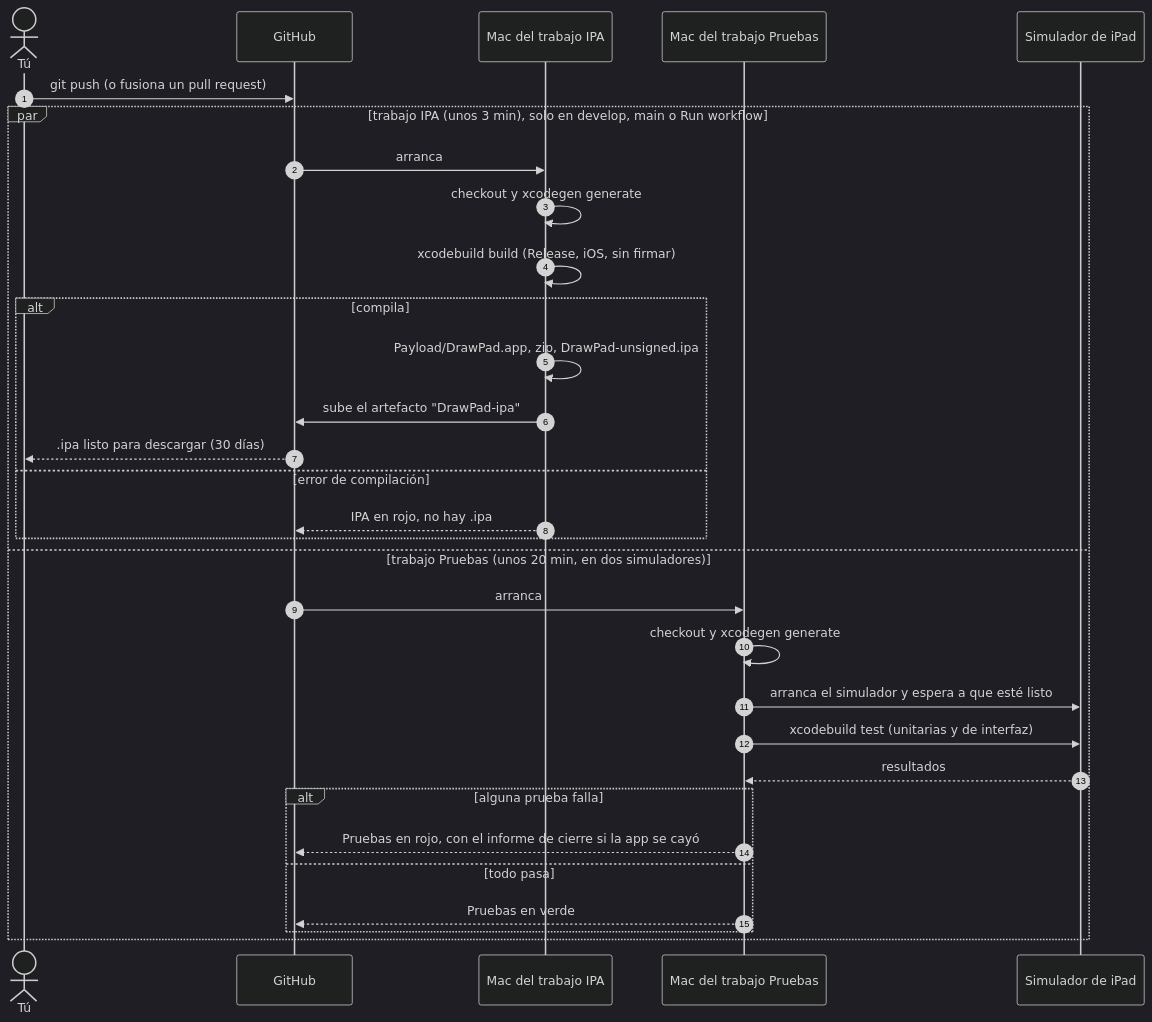
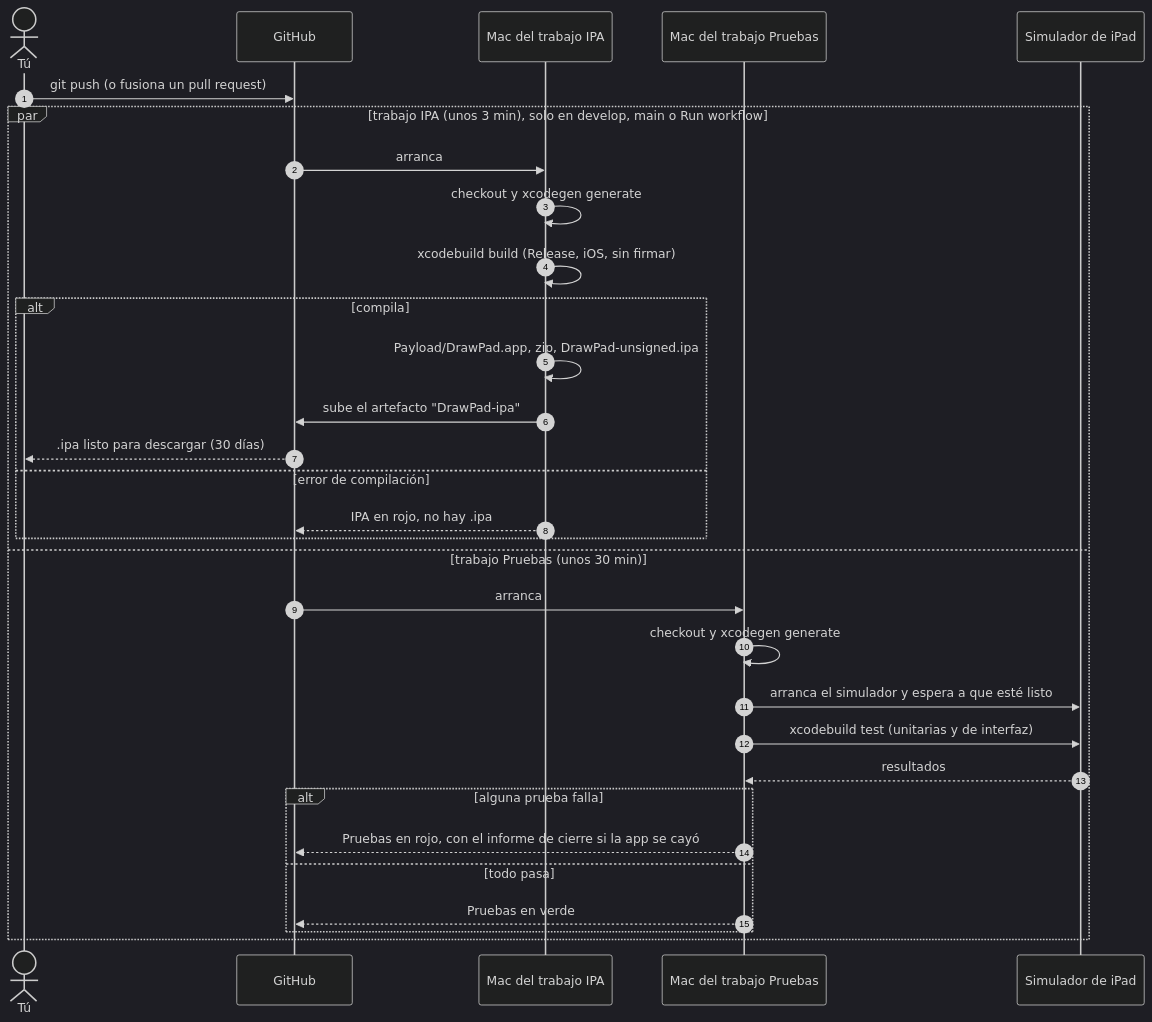
Before and after one commit to jhonjairo6230/DrawPad: the second of 3 diagrams in docs/compilacion-e-instalacion.md, drawn with Mermaid (dark theme). The commit also changed other lines of this file and 6 other files, not shown here.

````diff
--- a/docs/compilacion-e-instalacion.md
+++ b/docs/compilacion-e-instalacion.md
@@ -41,34 +41,34 @@
 ```mermaid
 sequenceDiagram
     autonumber
     actor Dev as Tú
     participant GH as GitHub
     participant M1 as Mac del trabajo IPA
     participant M2 as Mac del trabajo Pruebas
     participant Sim as Simulador de iPad
 
     Dev->>GH: git push (o fusiona un pull request)
     par trabajo IPA (unos 3 min), solo en develop, main o Run workflow
         GH->>M1: arranca
         M1->>M1: checkout y xcodegen generate
         M1->>M1: xcodebuild build (Release, iOS, sin firmar)
         alt compila
             M1->>M1: Payload/DrawPad.app, zip, DrawPad-unsigned.ipa
             M1->>GH: sube el artefacto "DrawPad-ipa"
             GH-->>Dev: .ipa listo para descargar (30 días)
         else error de compilación
             M1-->>GH: IPA en rojo, no hay .ipa
         end
-    and trabajo Pruebas (unos 20 min, en dos simuladores)
+    and trabajo Pruebas (unos 30 min)
         GH->>M2: arranca
         M2->>M2: checkout y xcodegen generate
         M2->>Sim: arranca el simulador y espera a que esté listo
         M2->>Sim: xcodebuild test (unitarias y de interfaz)
         Sim-->>M2: resultados
         alt alguna prueba falla
             M2-->>GH: Pruebas en rojo, con el informe de cierre si la app se cayó
         else todo pasa
             M2-->>GH: Pruebas en verde
         end
     end
 ```
````
